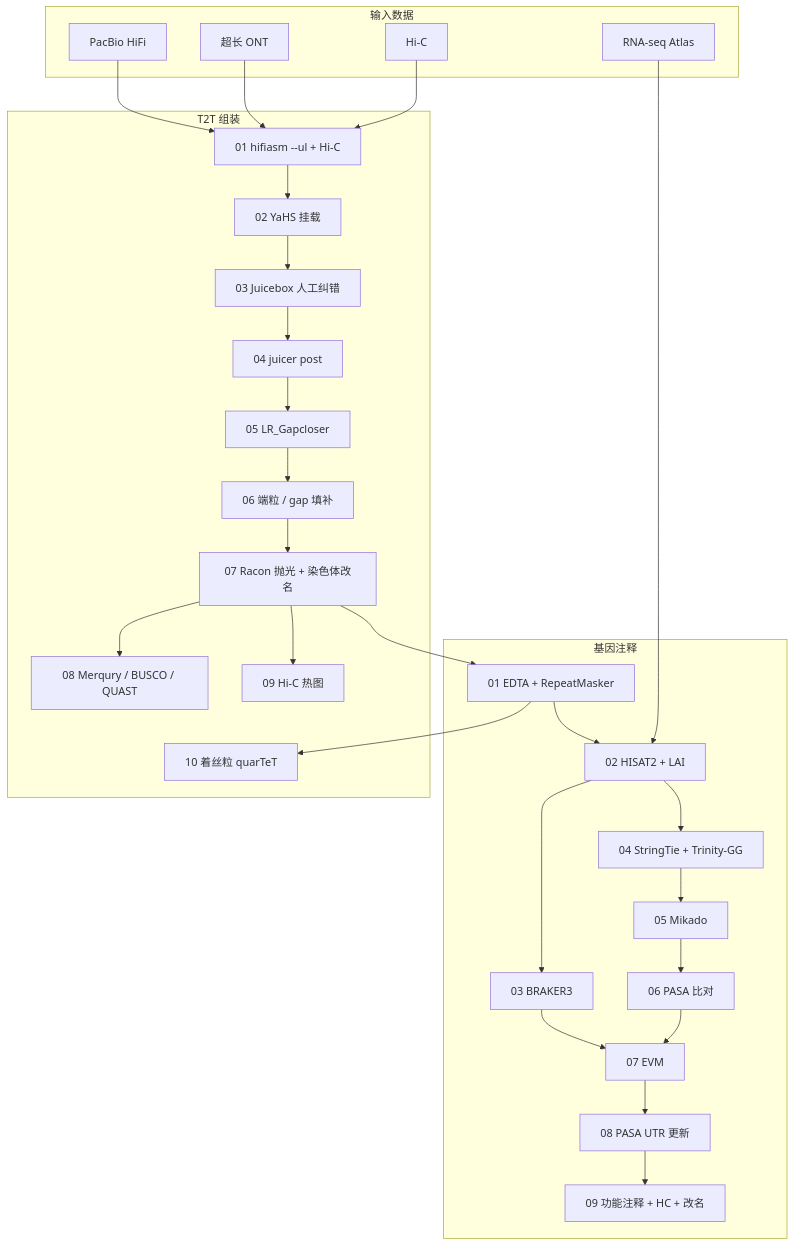
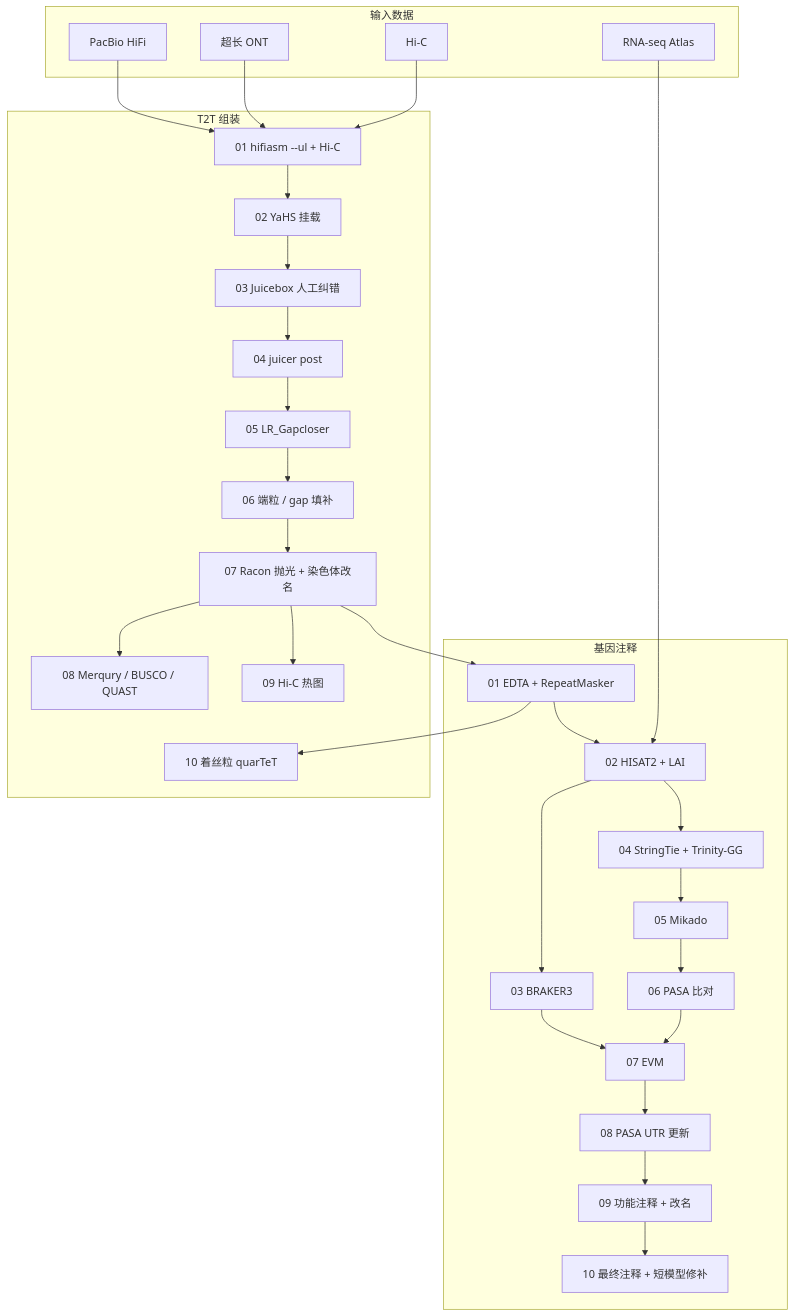
The diagram in README.zh-CN.md (sibs-zz/soybean_assembly_annotation), drawn with Mermaid before and after one commit. The commit also changed other lines of this file and 1 other file, not shown here.

First line of the commit message:
Show step 10 in the overview flow as the submitted gene set.

````diff
--- a/README.zh-CN.md
+++ b/README.zh-CN.md
@@ -13,46 +13,47 @@
 ```mermaid
 flowchart TD
   subgraph reads["输入数据"]
     HiFi["PacBio HiFi"]
     ONT["超长 ONT"]
     HiC["Hi-C"]
     RNA["RNA-seq Atlas"]
   end
 
   subgraph asm["T2T 组装"]
     A01["01 hifiasm --ul + Hi-C"]
     A02["02 YaHS 挂载"]
     A03["03 Juicebox 人工纠错"]
     A04["04 juicer post"]
     A05["05 LR_Gapcloser"]
     A06["06 端粒 / gap 填补"]
     A07["07 Racon 抛光 + 染色体改名"]
     A08["08 Merqury / BUSCO / QUAST"]
     A09["09 Hi-C 热图"]
     A10["10 着丝粒 quarTeT"]
   end
 
   subgraph ann["基因注释"]
     N01["01 EDTA + RepeatMasker"]
     N02["02 HISAT2 + LAI"]
     N03["03 BRAKER3"]
     N04["04 StringTie + Trinity-GG"]
     N05["05 Mikado"]
     N06["06 PASA 比对"]
     N07["07 EVM"]
     N08["08 PASA UTR 更新"]
-    N09["09 功能注释 + HC + 改名"]
+    N09["09 功能注释 + 改名"]
+    N10["10 最终注释 + 短模型修补"]
   end
 
   HiFi --> A01
   ONT --> A01
   HiC --> A01
   A01 --> A02 --> A03 --> A04 --> A05 --> A06 --> A07
   A07 --> A08
   A07 --> A09
   N01 --> A10
   A07 --> N01 --> N02 --> N03
   RNA --> N02
-  N02 --> N04 --> N05 --> N06 --> N07 --> N08 --> N09
+  N02 --> N04 --> N05 --> N06 --> N07 --> N08 --> N09 --> N10
   N03 --> N07
 ```
````
